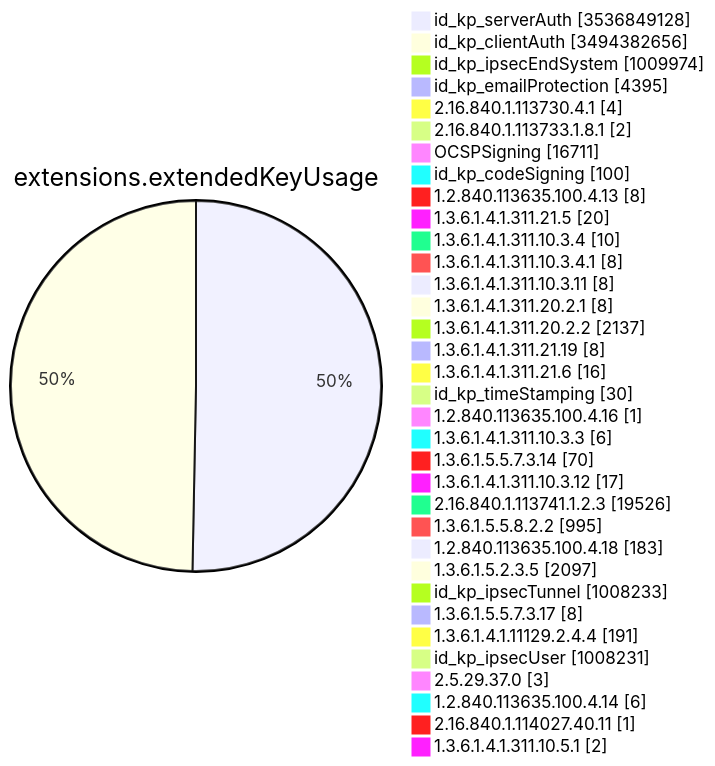
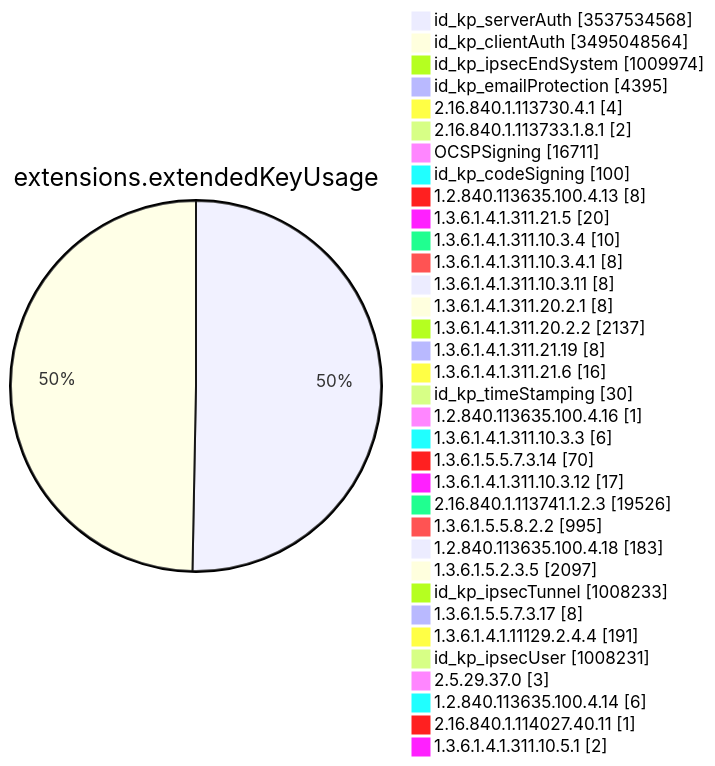
Diagram 11 of 15 in TOTAL/README.md (christiankrug/ctmonitor_visualization), drawn with Mermaid before and after one commit. The commit also changed other lines of this file, not shown here.

````diff
--- a/TOTAL/README.md
+++ b/TOTAL/README.md
@@ -4127,38 +4127,38 @@
 ```mermaid
 pie showData
 title extensions.extendedKeyUsage
-"id_kp_serverAuth" :3536849128
-"id_kp_clientAuth" :3494382656
+"id_kp_serverAuth" :3537534568
+"id_kp_clientAuth" :3495048564
 "id_kp_ipsecEndSystem" :1009974
 "id_kp_emailProtection" :4395
 "2.16.840.1.113730.4.1" :4
 "2.16.840.1.113733.1.8.1" :2
 "OCSPSigning" :16711
 "id_kp_codeSigning" :100
 "1.2.840.113635.100.4.13" :8
 "1.3.6.1.4.1.311.21.5" :20
 "1.3.6.1.4.1.311.10.3.4" :10
 "1.3.6.1.4.1.311.10.3.4.1" :8
 "1.3.6.1.4.1.311.10.3.11" :8
 "1.3.6.1.4.1.311.20.2.1" :8
 "1.3.6.1.4.1.311.20.2.2" :2137
 "1.3.6.1.4.1.311.21.19" :8
 "1.3.6.1.4.1.311.21.6" :16
 "id_kp_timeStamping" :30
 "1.2.840.113635.100.4.16" :1
 "1.3.6.1.4.1.311.10.3.3" :6
 "1.3.6.1.5.5.7.3.14" :70
 "1.3.6.1.4.1.311.10.3.12" :17
 "2.16.840.1.113741.1.2.3" :19526
 "1.3.6.1.5.5.8.2.2" :995
 "1.2.840.113635.100.4.18" :183
 "1.3.6.1.5.2.3.5" :2097
 "id_kp_ipsecTunnel" :1008233
 "1.3.6.1.5.5.7.3.17" :8
 "1.3.6.1.4.1.11129.2.4.4" :191
 "id_kp_ipsecUser" :1008231
 "2.5.29.37.0" :3
 "1.2.840.113635.100.4.14" :6
 "2.16.840.1.114027.40.11" :1
 "1.3.6.1.4.1.311.10.5.1" :2
 ```
````
